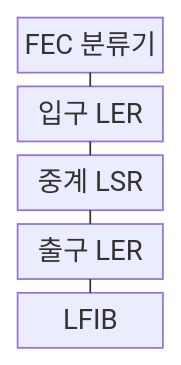
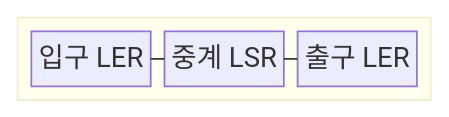
The first of 2 diagrams in src/content/docs/notes/04-network/013_mpls_label_switching.md (agnusdei1207/knowledge-base), drawn with Mermaid before and after one commit. The commit also changed other lines of this file and 20 other files, not shown here.

````diff
--- a/src/content/docs/notes/04-network/013_mpls_label_switching.md
+++ b/src/content/docs/notes/04-network/013_mpls_label_switching.md
@@ -59,13 +60,12 @@
 ```mermaid
-block-beta
+block
     columns 1
-    A["FEC 분류기"]
-    B["입구 LER"]
-    C["중계 LSR"]
-    D["출구 LER"]
-    E["LFIB"]
-    A --- B
-    B --- C
-    C --- D
-    D --- E
+    block:LSP
+        columns 3
+        I["입구 LER"]
+        T["중계 LSR"]
+        E["출구 LER"]
+    end
+    I --- T
+    T --- E
 ```
````
